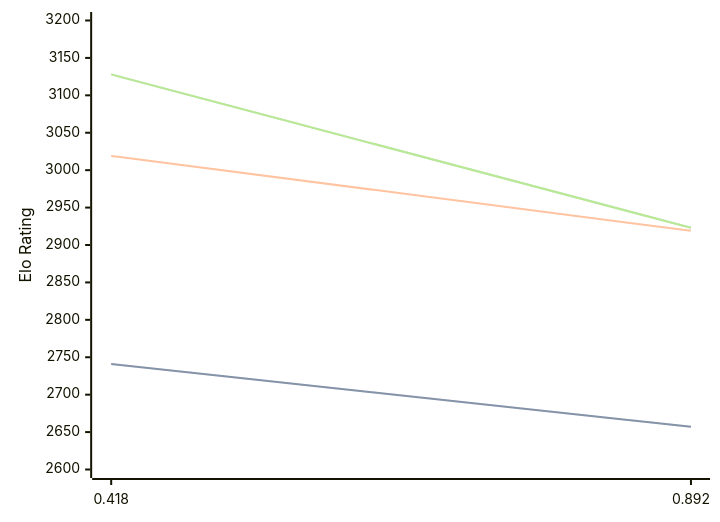
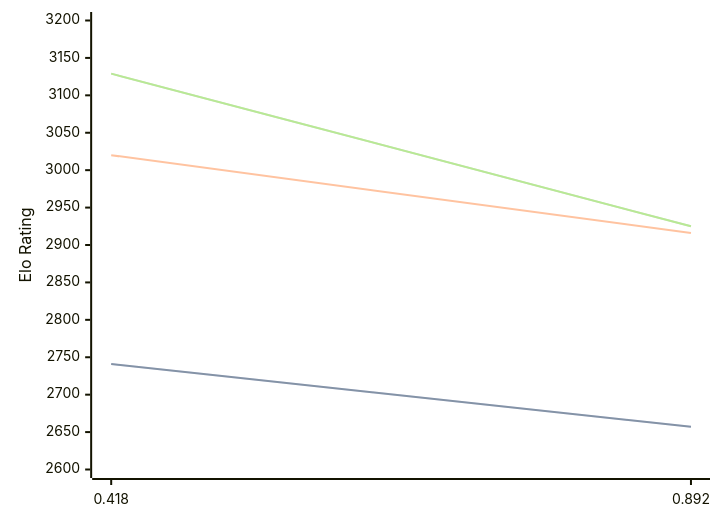
The diagram in engines/Malika.md (computer-chess-index/cci), drawn with Mermaid before and after one commit. The commit also changed other lines of this file, not shown here.

Commit message:
Update CCI Ratings (ELO VLTC) - 2026-03-21

````diff
--- a/engines/Malika.md
+++ b/engines/Malika.md
@@ -32,11 +32,11 @@
 ```mermaid
 %%{init: {"theme":"base","themeVariables":{"seriesColors:['#a3a3a3','#222221','#faa371']}}}%%
 xychart-beta
   x-axis ["0.418", "0.892"]
   y-axis "Elo Rating" 2600 --> 3200
   line "STC (8.0+0.08s)" [2741, 2657]
   line "STC (8.0+0.08s)" [2741, 2657]
-  line "LTC (60.0+0.60s)" [3019, 2919]
-  line "VLTC (2m24s+1.12s)" [3128, 2923]
-  line "VLTC (2m24s+1.12s)" [3128, 2923]
+  line "LTC (60.0+0.60s)" [3020, 2916]
+  line "VLTC (2m24s+1.12s)" [3129, 2925]
+  line "VLTC (2m24s+1.12s)" [3129, 2925]
 ```
````
